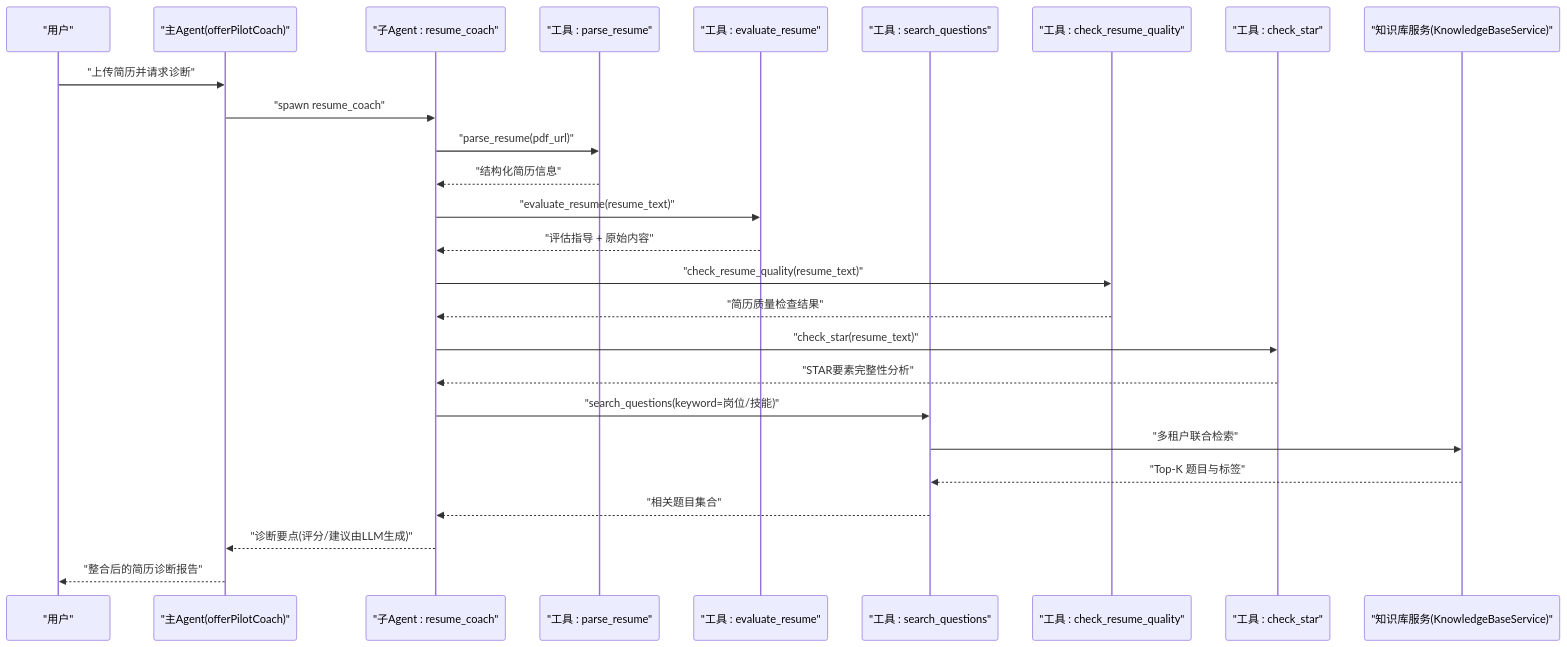
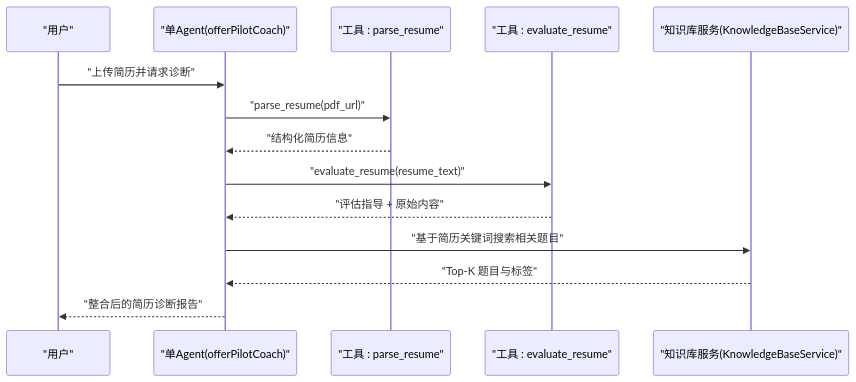
Before and after one commit to Miss-zhi/OfferPilot: the first of 5 diagrams in .qoder/repowiki/zh/content/六大核心求职环节 Agent 交互时序.md, drawn with Mermaid. The commit also changed other lines of this file and 25 other files, not shown here.

````diff
--- a/.qoder/repowiki/zh/content/六大核心求职环节 Agent 交互时序.md
+++ b/.qoder/repowiki/zh/content/六大核心求职环节 Agent 交互时序.md
@@ -44,28 +33,16 @@
 ```mermaid
 sequenceDiagram
 participant U as "用户"
-participant C as "主Agent(offerPilotCoach)"
-participant RC as "子Agent : resume_coach"
+participant A as "单Agent(offerPilotCoach)"
 participant T1 as "工具 : parse_resume"
 participant T2 as "工具 : evaluate_resume"
-participant T3 as "工具 : search_questions"
-participant T4 as "工具 : check_resume_quality"
-participant T5 as "工具 : check_star"
 participant KB as "知识库服务(KnowledgeBaseService)"
-U->>C : "上传简历并请求诊断"
-C->>RC : "spawn resume_coach"
-RC->>T1 : "parse_resume(pdf_url)"
-T1-->>RC : "结构化简历信息"
-RC->>T2 : "evaluate_resume(resume_text)"
-T2-->>RC : "评估指导 + 原始内容"
-RC->>T4 : "check_resume_quality(resume_text)"
-T4-->>RC : "简历质量检查结果"
-RC->>T5 : "check_star(resume_text)"
-T5-->>RC : "STAR要素完整性分析"
-RC->>T3 : "search_questions(keyword=岗位/技能)"
-T3->>KB : "多租户联合检索"
-KB-->>T3 : "Top-K 题目与标签"
-T3-->>RC : "相关题目集合"
-RC-->>C : "诊断要点(评分/建议由LLM生成)"
-C-->>U : "整合后的简历诊断报告"
+U->>A : "上传简历并请求诊断"
+A->>T1 : "parse_resume(pdf_url)"
+T1-->>A : "结构化简历信息"
+A->>T2 : "evaluate_resume(resume_text)"
+T2-->>A : "评估指导 + 原始内容"
+A->>KB : "基于简历关键词搜索相关题目"
+KB-->>A : "Top-K 题目与标签"
+A-->>U : "整合后的简历诊断报告"
 ```
````
